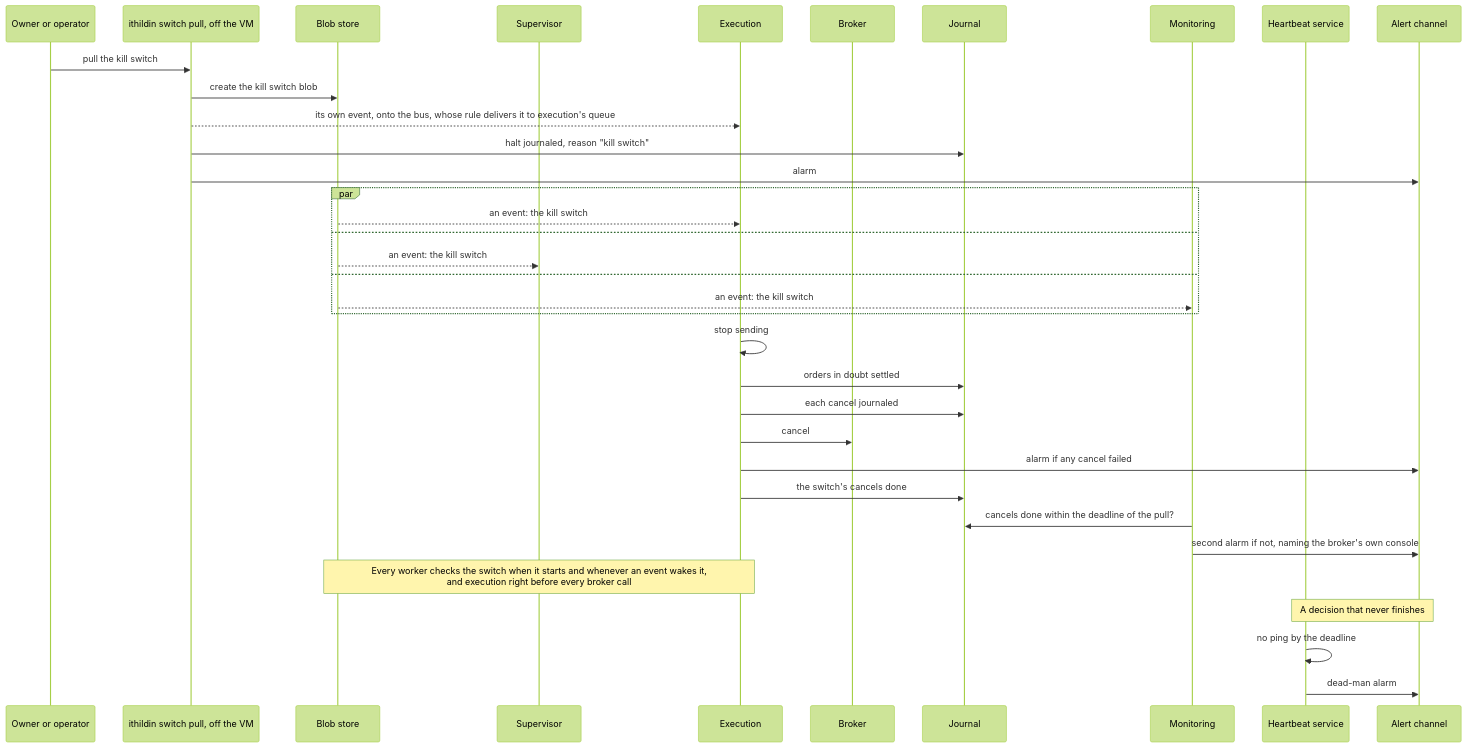
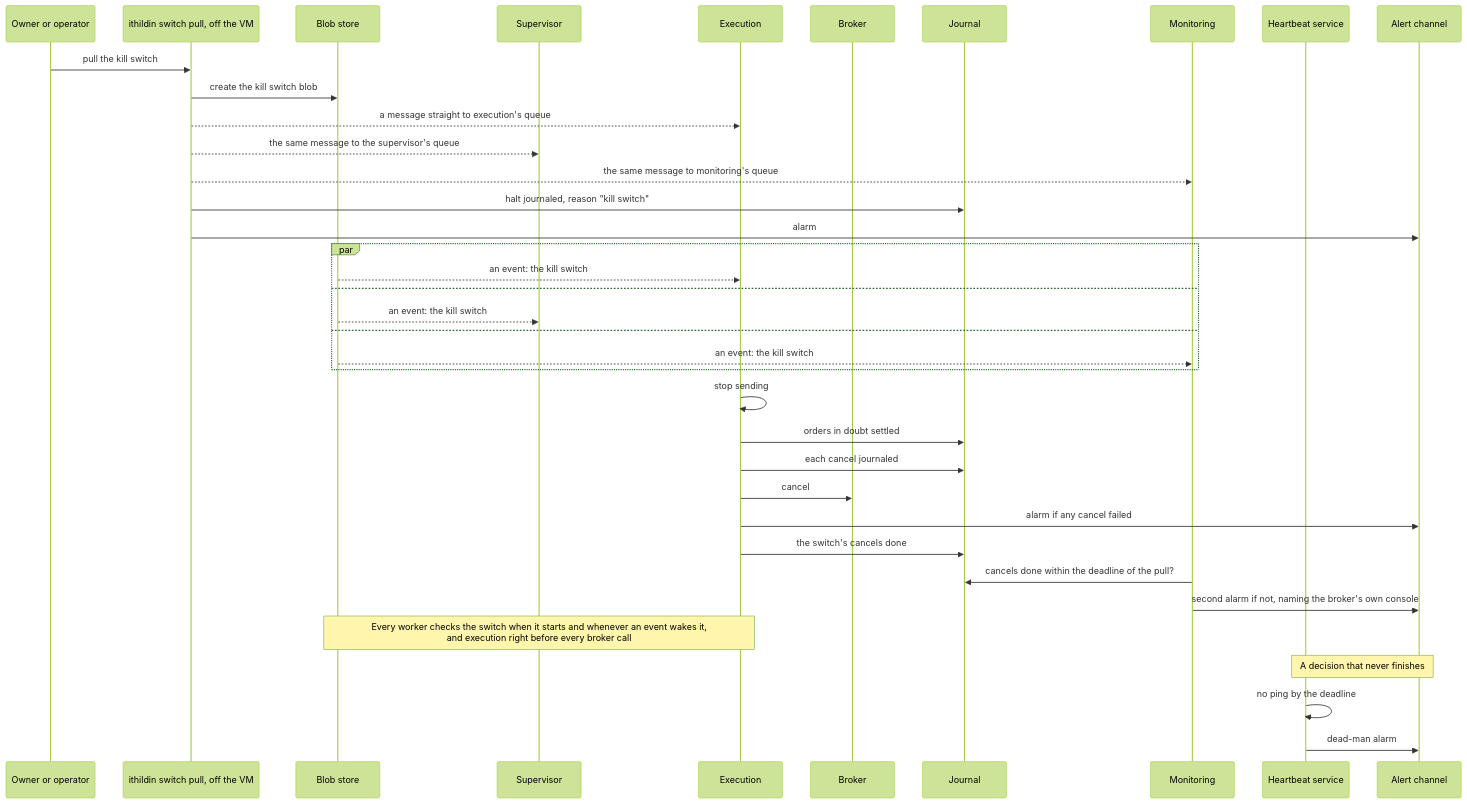
One commit to l3a0/ithildin-runtime changed the ninth of 16 diagrams in docs/architecture.md. Above: the diagram before and after it, drawn with Mermaid (forest theme). The commit also changed other lines of this file and 1 other file, not shown here.

First line of the commit message:
docs: adopt the board's live-drill plan and send the kill switch straight to its queues

````diff
--- a/docs/architecture.md
+++ b/docs/architecture.md
@@ -834,40 +834,41 @@
 ```mermaid
 sequenceDiagram
     participant P as Owner or operator
     participant K as ithildin switch pull, off the VM
     participant F as Blob store
     participant V as Supervisor
     participant X as Execution
     participant B as Broker
     participant J as Journal
     participant M as Monitoring
     participant H as Heartbeat service
     participant A as Alert channel
 
     P->>K: pull the kill switch
-        K->>F: create the kill switch blob
-        K-->>X: its own event, onto the bus, whose rule delivers it to execution's queue
-
+    K->>F: create the kill switch blob
+    K-->>X: a message straight to execution's queue
+    K-->>V: the same message to the supervisor's queue
+    K-->>M: the same message to monitoring's queue
     K->>J: halt journaled, reason "kill switch"
     K->>A: alarm
     par
                 F-->>X: an event: the kill switch
     and
         F-->>V: an event: the kill switch
     and
         F-->>M: an event: the kill switch
     end
     X->>X: stop sending
     X->>J: orders in doubt settled
     X->>J: each cancel journaled
     X->>B: cancel
     X->>A: alarm if any cancel failed
     X->>J: the switch's cancels done
     M->>J: cancels done within the deadline of the pull?
     M->>A: second alarm if not, naming the broker's own console
     Note over F,X: Every worker checks the switch when it starts and whenever an event wakes it,<br/>and execution right before every broker call
 
     Note over H,A: A decision that never finishes
     H->>H: no ping by the deadline
     H->>A: dead-man alarm
 ```
````
